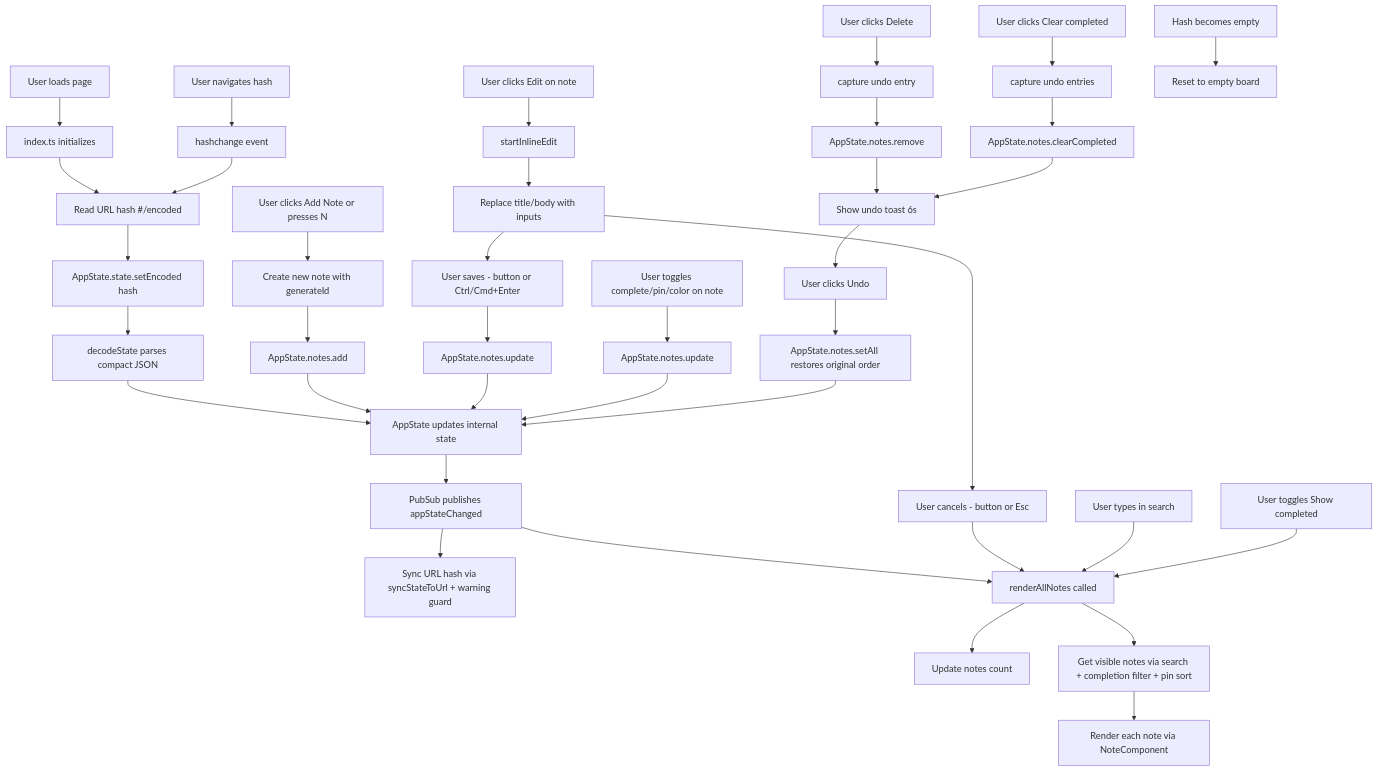
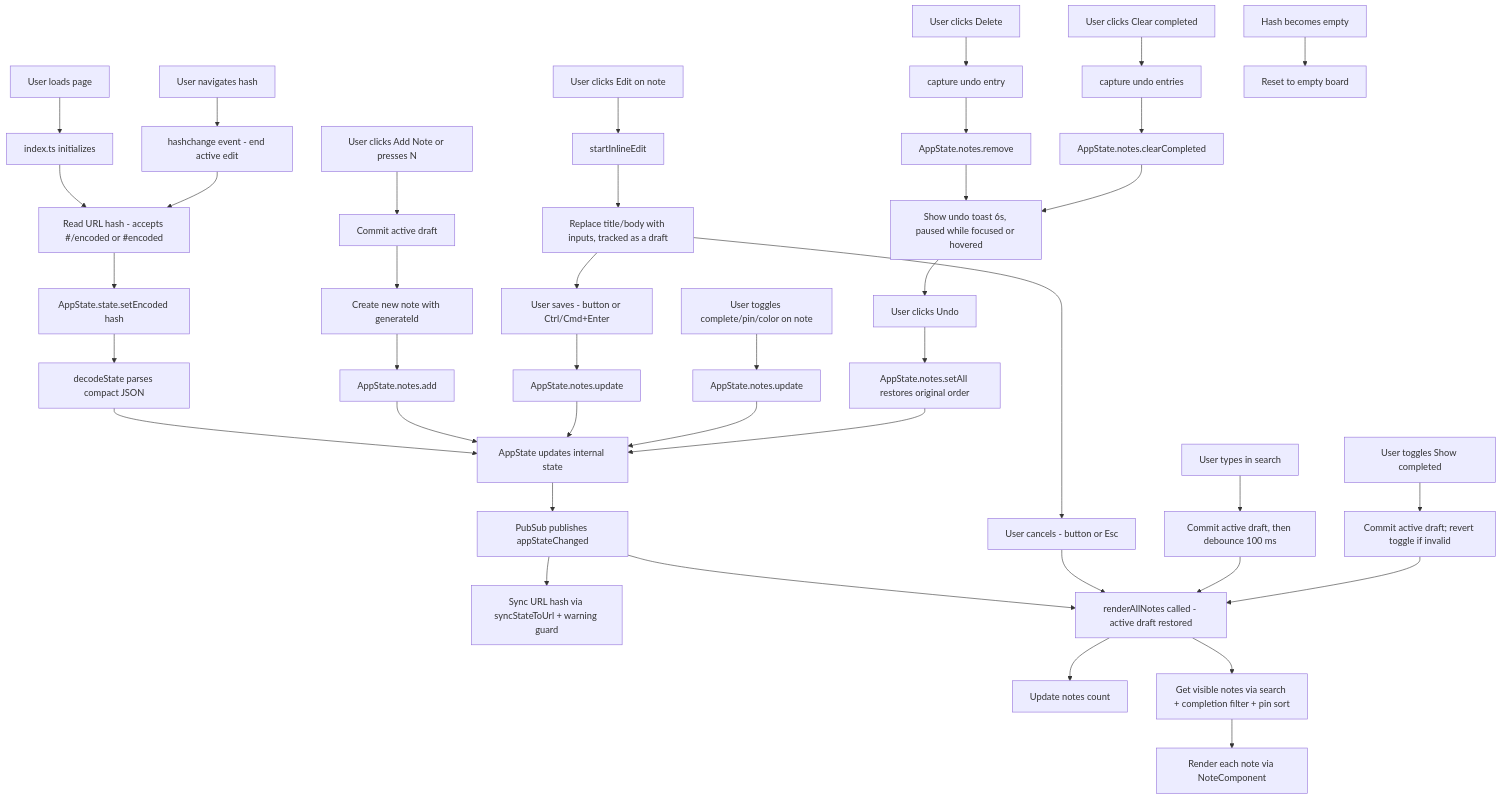
The diagram in README.md (hiimalexjgarcia/base64-encoded-state-test), drawn with Mermaid before and after one commit. The commit also changed other lines of this file and 3 other files, not shown here.

````diff
--- a/README.md
+++ b/README.md
@@ -85,48 +85,51 @@
 ```mermaid
 graph TD
     A[User loads page] --> B[index.ts initializes]
-    B --> C[Read URL hash #/encoded]
+    B --> C[Read URL hash - accepts #/encoded or #encoded]
     C --> D[AppState.state.setEncoded hash]
     D --> E[decodeState parses compact JSON]
     E --> F[AppState updates internal state]
     F --> G[PubSub publishes appStateChanged]
     G --> H[Sync URL hash via syncStateToUrl + warning guard]
-    G --> I[renderAllNotes called]
+    G --> I[renderAllNotes called - active draft restored]
     I --> M[Update notes count]
     I --> J[Get visible notes via search + completion filter + pin sort]
     J --> L[Render each note via NoteComponent]
 
-    N[User clicks Add Note or presses N] --> O[Create new note with generateId]
+    N[User clicks Add Note or presses N] --> N1[Commit active draft]
+    N1 --> O[Create new note with generateId]
     O --> P[AppState.notes.add]
     P --> F
 
     Q[User clicks Edit on note] --> R[startInlineEdit]
-    R --> S[Replace title/body with inputs]
+    R --> S[Replace title/body with inputs, tracked as a draft]
     S --> T[User saves - button or Ctrl/Cmd+Enter]
     T --> U[AppState.notes.update]
     U --> F
     S --> V[User cancels - button or Esc]
     V --> I
 
     W[User toggles complete/pin/color on note] --> X[AppState.notes.update]
     X --> F
 
     Y[User clicks Delete] --> Z[capture undo entry]
     Z --> AA[AppState.notes.remove]
-    AA --> AB[Show undo toast 6s]
+    AA --> AB[Show undo toast 6s, paused while focused or hovered]
     AB --> AC[User clicks Undo]
     AC --> AD[AppState.notes.setAll restores original order]
     AD --> F
 
     AE[User clicks Clear completed] --> AF[capture undo entries]
     AF --> AG[AppState.notes.clearCompleted]
     AG --> AB
 
-    AH[User types in search] --> I
+    AH[User types in search] --> AH1[Commit active draft, then debounce 100 ms]
+    AH1 --> I
 
-    AI[User toggles Show completed] --> I
+    AI[User toggles Show completed] --> AI1[Commit active draft; revert toggle if invalid]
+    AI1 --> I
 
-    AJ[User navigates hash] --> AK[hashchange event]
+    AJ[User navigates hash] --> AK[hashchange event - end active edit]
     AK --> C
     AL[Hash becomes empty] --> AM[Reset to empty board]
 ```
````
